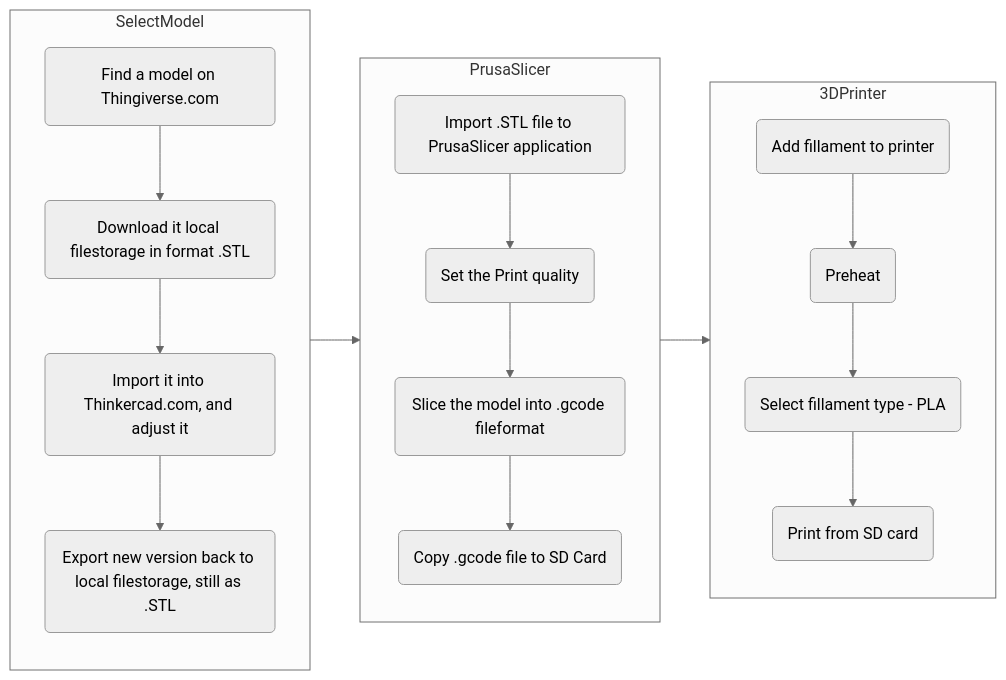
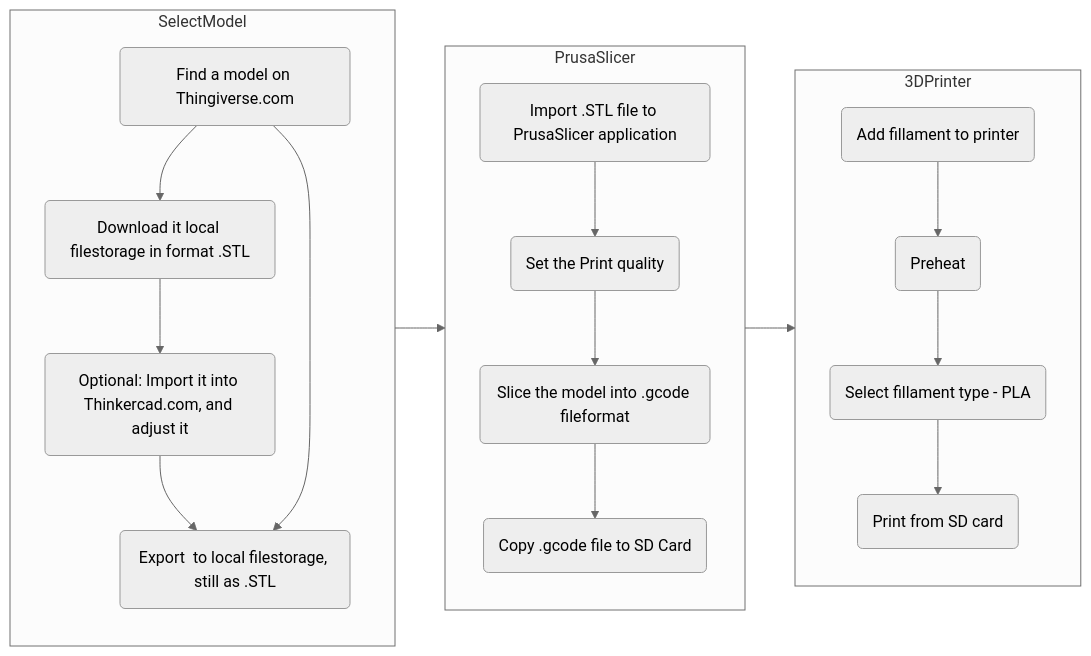
The diagram in README.md (marmid74/playground), drawn with Mermaid (neutral theme) before and after one commit.

````diff
--- a/README.md
+++ b/README.md
@@ -2,26 +2,27 @@
 ```mermaid
   flowchart LR;
     subgraph SelectModel
     direction TB
     A(Find a model on Thingiverse.com)-->B(Download it local filestorage in format .STL)
-    B-->C(Import it into Thinkercad.com, and adjust it)
-    C-->D(Export new version back to local filestorage, still as .STL)    
+    B-->C(Optional: Import it into Thinkercad.com, and adjust it)
+    C-->D(Export  to local filestorage, still as .STL)
+    A-->D 
     end
 
     subgraph PrusaSlicer
     direction TB
     E(Import .STL file to PrusaSlicer application)-->F(Set the Print quality)
     F-->G(Slice the model into .gcode fileformat)
     G-->H(Copy .gcode file to SD Card)
     end
 
     subgraph 3DPrinter
     direction TB
     I(Add fillament to printer)-->J(Preheat)
     J-->K(Select fillament type - PLA)
     K-->L(Print from SD card)
     end
 
   SelectModel-->PrusaSlicer-->3DPrinter
 
 ```
````
